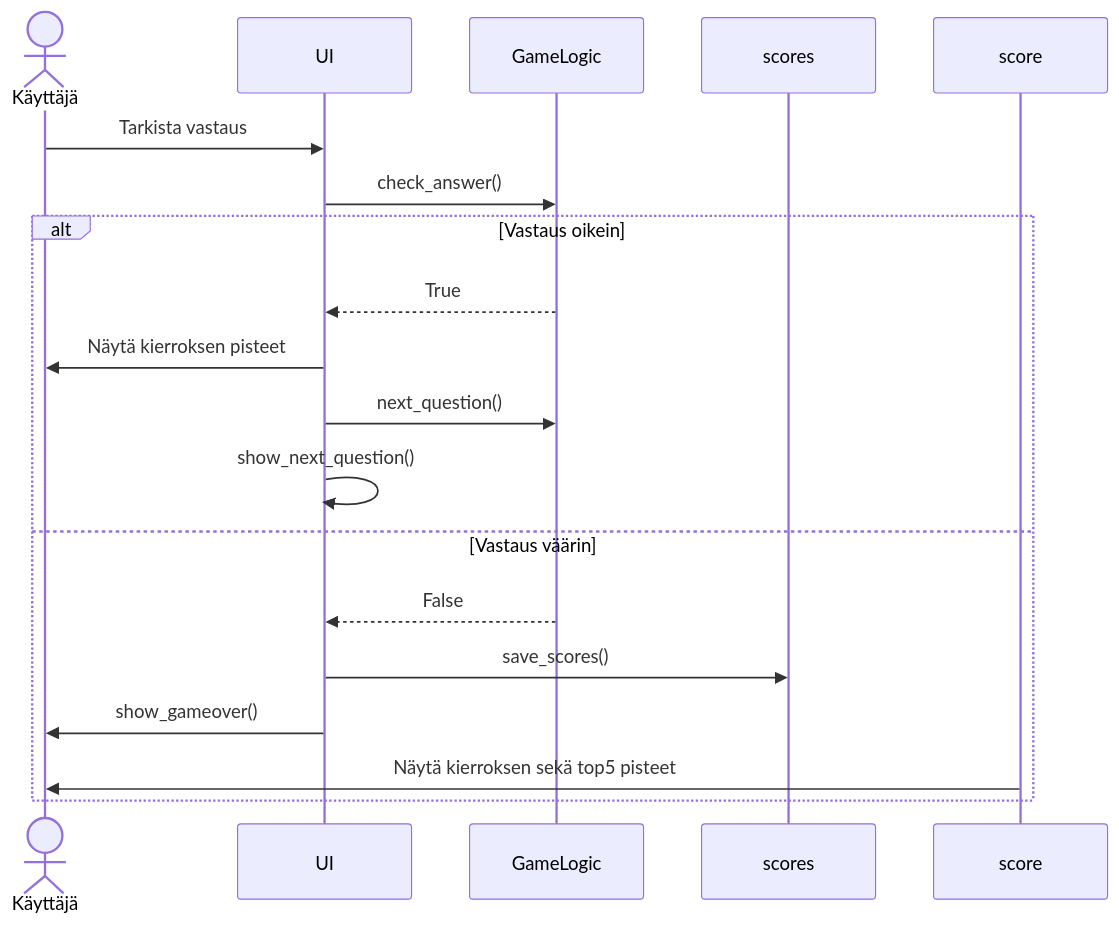
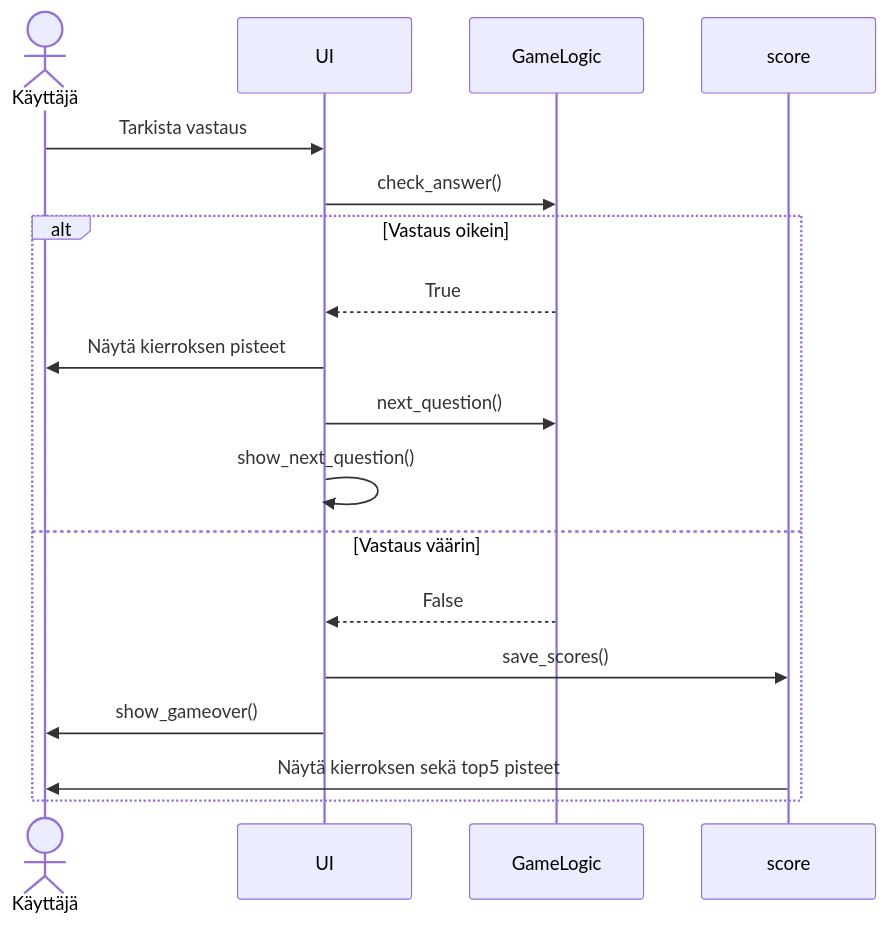
One commit to emmapiittala/ot-harjoitustyo2026 changed the third of 3 diagrams in Visailupeli/Dokumentaatio/arkkitehtuuri.md. Above: the diagram before and after it, drawn with Mermaid.

````diff
--- a/Visailupeli/Dokumentaatio/arkkitehtuuri.md
+++ b/Visailupeli/Dokumentaatio/arkkitehtuuri.md
@@ -72,22 +72,22 @@
 ```mermaid
 sequenceDiagram
   actor Käyttäjä
   participant UI
   participant GameLogic
-  participant scores
+  participant score
 
   Käyttäjä->>UI: Tarkista vastaus
   UI->>GameLogic: check_answer()
   
   alt Vastaus oikein
     GameLogic-->>UI: True
     UI->> Käyttäjä: Näytä kierroksen pisteet
     UI->>GameLogic: next_question()
     UI->>UI: show_next_question()
 else Vastaus väärin
 GameLogic-->> UI: False
-UI->>scores: save_scores()
+UI->>score: save_scores()
 UI->>Käyttäjä: show_gameover()
 score->>Käyttäjä: Näytä kierroksen sekä top5 pisteet
 end
 ```
````
